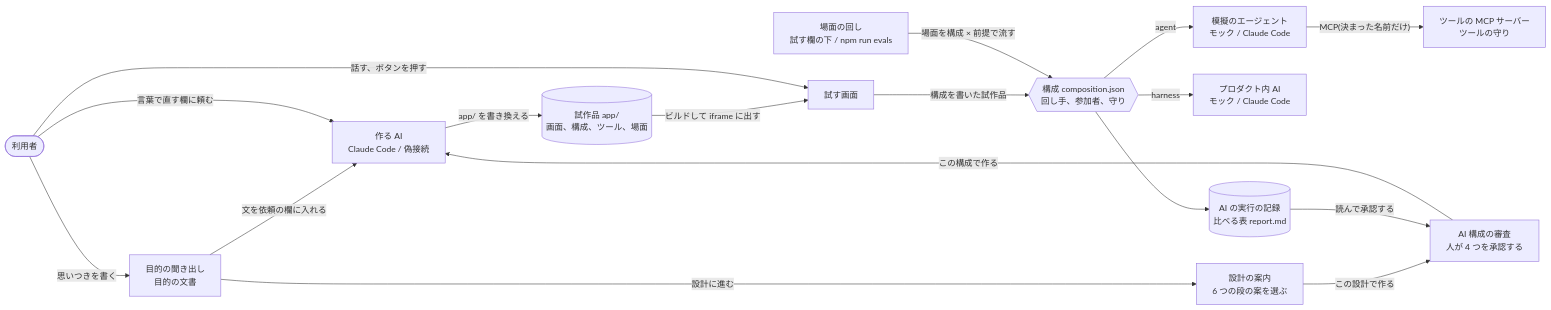
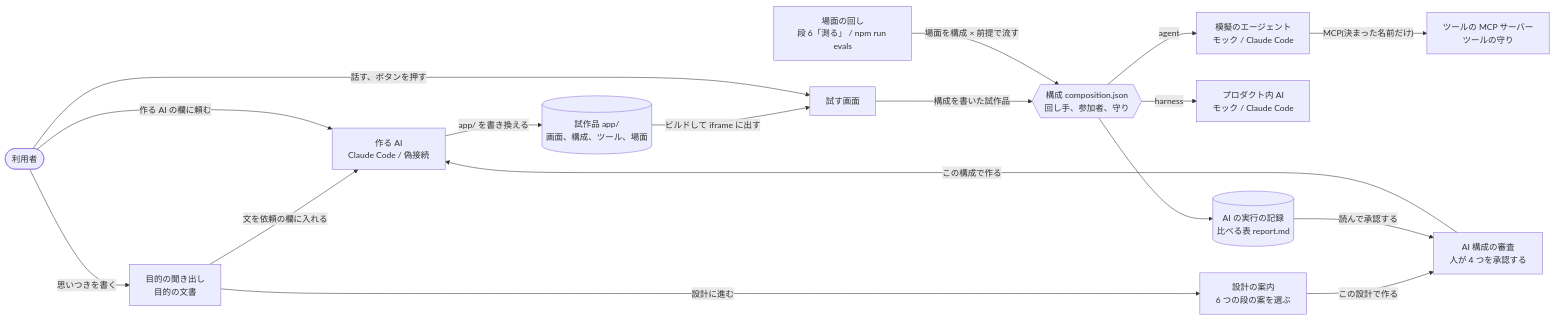
Before and after one commit to jyoka/agent-prototype-studio: the diagram in README.md, drawn with Mermaid. The commit also changed other lines of this file and 92 other files, not shown here.

````diff
--- a/README.md
+++ b/README.md
@@ -23,17 +23,17 @@
 ```mermaid
 flowchart LR
     you(["利用者"]) -- "思いつきを書く" --> intent["目的の聞き出し<br/>目的の文書"]
     intent -- "文を依頼の欄に入れる" --> maker
     intent -- "設計に進む" --> design["設計の案内<br/>6 つの段の案を選ぶ"] -- "この設計で作る" --> review["AI 構成の審査<br/>人が 4 つを承認する"] -- "この構成で作る" --> maker
-    you -- "言葉で直す欄に頼む" --> maker["作る AI<br/>Claude Code / 偽接続"]
+    you -- "作る AI の欄に頼む" --> maker["作る AI<br/>Claude Code / 偽接続"]
     maker -- "app/ を書き換える" --> app[("試作品 app/<br/>画面、構成、ツール、場面")]
     app -- "ビルドして iframe に出す" --> try["試す画面"]
     you -- "話す、ボタンを押す" --> try
     try -- "構成を書いた試作品" --> comp{{"構成 composition.json<br/>回し手、参加者、守り"}}
-    evals["場面の回し<br/>試す欄の下 / npm run evals"] -- "場面を構成 × 前提で流す" --> comp
+    evals["場面の回し<br/>段 6「測る」 / npm run evals"] -- "場面を構成 × 前提で流す" --> comp
     comp -- "harness" --> pai["プロダクト内 AI<br/>モック / Claude Code"]
     comp -- "agent" --> sim["模擬のエージェント<br/>モック / Claude Code"]
     sim -- "MCP(決まった名前だけ)" --> tools["ツールの MCP サーバー<br/>ツールの守り"]
     comp --> trace[("AI の実行の記録<br/>比べる表 report.md")]
     trace -- "読んで承認する" --> review
 ```
````
